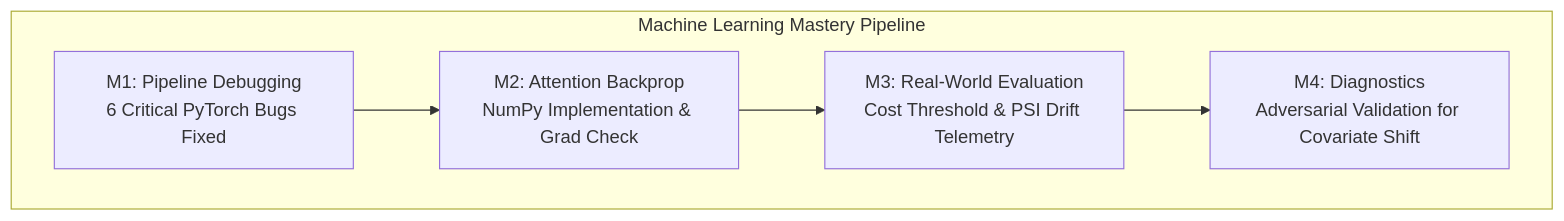
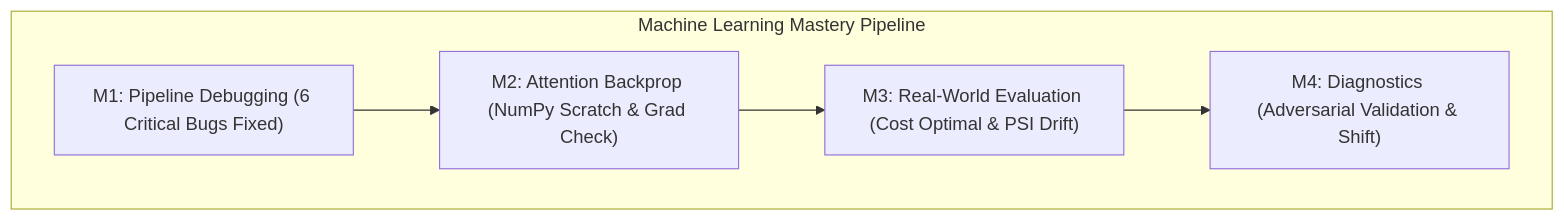
One commit to AWSCloudClubMuet/HacktoberFest-3.0 changed the second of 2 diagrams in Submission/Team_Zyntra/README.md. Above: the diagram before and after it, drawn with Mermaid. The commit also changed other lines of this file, not shown here.

````diff
--- a/Submission/Team_Zyntra/README.md
+++ b/Submission/Team_Zyntra/README.md
@@ -115,8 +115,8 @@
 ```mermaid
 flowchart TD
     subgraph Track2 ["Machine Learning Mastery Pipeline"]
-        M1["M1: Pipeline Debugging<br/>6 Critical PyTorch Bugs Fixed"] --> M2["M2: Attention Backprop<br/>NumPy Implementation & Grad Check"]
-        M2 --> M3["M3: Real-World Evaluation<br/>Cost Threshold & PSI Drift Telemetry"]
-        M3 --> M4["M4: Diagnostics<br/>Adversarial Validation for Covariate Shift"]
+        M1["M1: Pipeline Debugging (6 Critical Bugs Fixed)"] --> M2["M2: Attention Backprop (NumPy Scratch & Grad Check)"]
+        M2 --> M3["M3: Real-World Evaluation (Cost Optimal & PSI Drift)"]
+        M3 --> M4["M4: Diagnostics (Adversarial Validation & Shift)"]
     end
 ```
````
